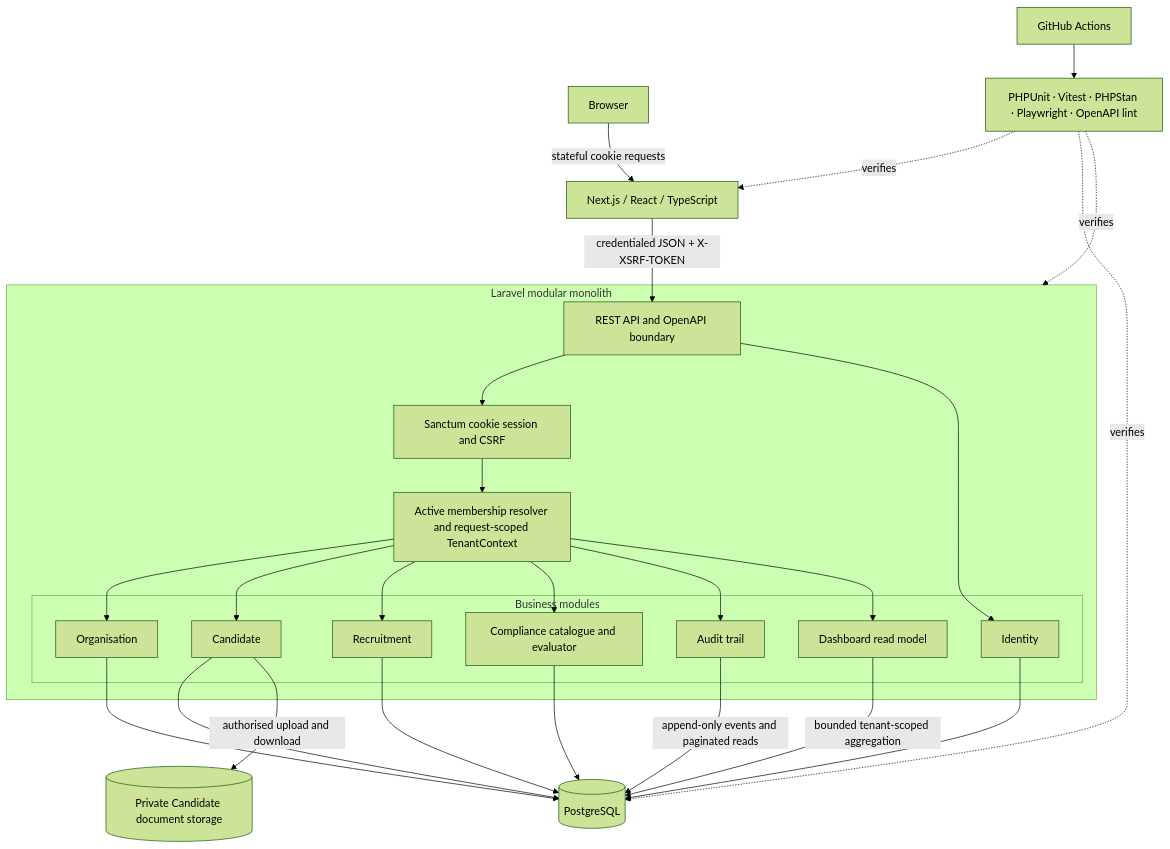
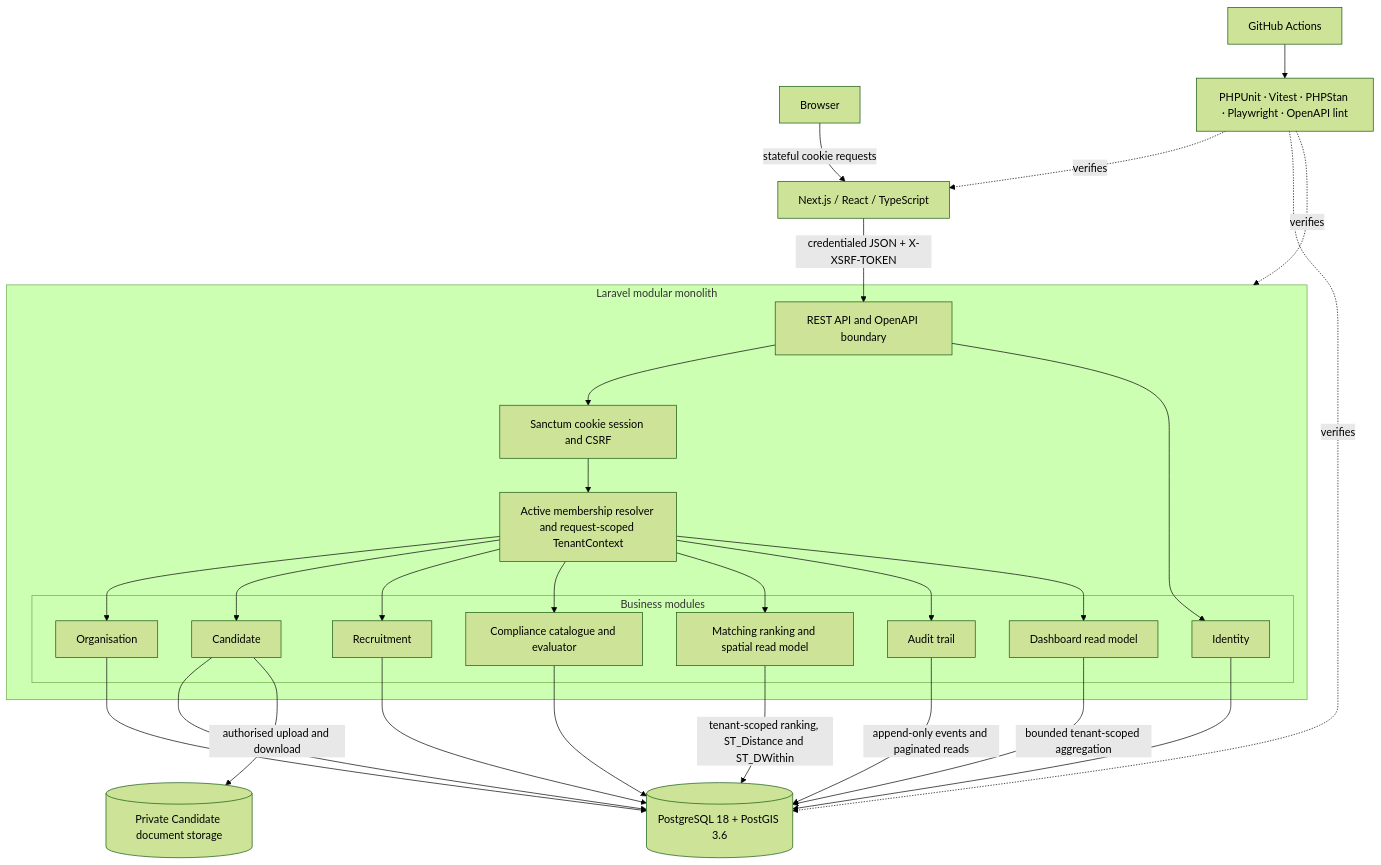
The diagram in docs/diagrams/architecture.md (Toyody/carematch), drawn with Mermaid (forest theme) before and after one commit. The commit also changed other lines of this file and 71 other files, not shown here.

First line of the commit message:
Add deterministic matching and PostGIS

````diff
--- a/docs/diagrams/architecture.md
+++ b/docs/diagrams/architecture.md
@@ -6,52 +6,55 @@
 ```mermaid
 flowchart TB
     browser[Browser]
     frontend[Next.js / React / TypeScript]
 
     subgraph backend[Laravel modular monolith]
         http[REST API and OpenAPI boundary]
         auth[Sanctum cookie session and CSRF]
         tenant[Active membership resolver and request-scoped TenantContext]
 
         subgraph modules[Business modules]
             identity[Identity]
             organisation[Organisation]
             candidate[Candidate]
             recruitment[Recruitment]
             compliance[Compliance catalogue and evaluator]
+            matching[Matching ranking and spatial read model]
             audit[Audit trail]
             dashboard[Dashboard read model]
         end
     end
 
-    postgres[(PostgreSQL)]
+    postgres[(PostgreSQL 18 + PostGIS 3.6)]
     privateStorage[(Private Candidate document storage)]
     ci[GitHub Actions]
     quality[PHPUnit · Vitest · PHPStan · Playwright · OpenAPI lint]
 
     browser -->|stateful cookie requests| frontend
     frontend -->|credentialed JSON + X-XSRF-TOKEN| http
     http --> auth
     auth --> tenant
     tenant --> organisation
     http --> identity
     tenant --> candidate
     tenant --> recruitment
     tenant --> compliance
+    tenant --> matching
     tenant --> audit
     tenant --> dashboard
 
     identity --> postgres
     organisation --> postgres
     candidate --> postgres
     recruitment --> postgres
     compliance --> postgres
+    matching -->|tenant-scoped ranking, ST_Distance and ST_DWithin| postgres
     audit -->|append-only events and paginated reads| postgres
     dashboard -->|bounded tenant-scoped aggregation| postgres
     candidate -->|authorised upload and download| privateStorage
 
     ci --> quality
     quality -. verifies .-> frontend
     quality -. verifies .-> backend
     quality -. verifies .-> postgres
 ```
````
